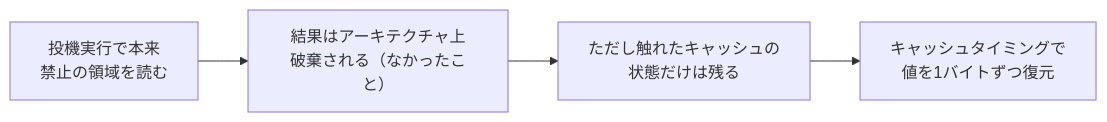
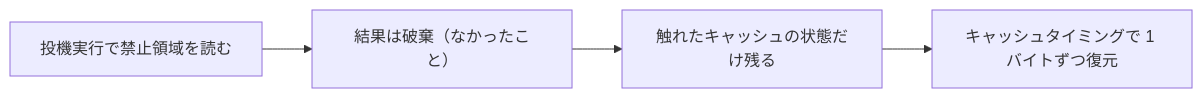
Before and after one commit to SomaTomita/sec-prep: the diagram in topics/04_hardware-security/02_hardware-attacks.md, drawn with Mermaid. The commit also changed other lines of this file and 4 other files, not shown here.

````diff
--- a/topics/04_hardware-security/02_hardware-attacks.md
+++ b/topics/04_hardware-security/02_hardware-attacks.md
@@ -126,6 +111,6 @@
 ```mermaid
 flowchart LR
-    A["投機実行で本来<br>禁止の領域を読む"] --> B["結果はアーキテクチャ上<br>破棄される（なかったこと）"]
-    B --> C["ただし触れたキャッシュの<br>状態だけは残る"]
-    C --> D["キャッシュタイミングで<br>値を1バイトずつ復元"]
+    A["投機実行で禁止領域を読む"] --> B["結果は破棄（なかったこと）"]
+    B --> C["触れたキャッシュの状態だけ残る"]
+    C --> D["キャッシュタイミングで 1 バイトずつ復元"]
 ```
````
